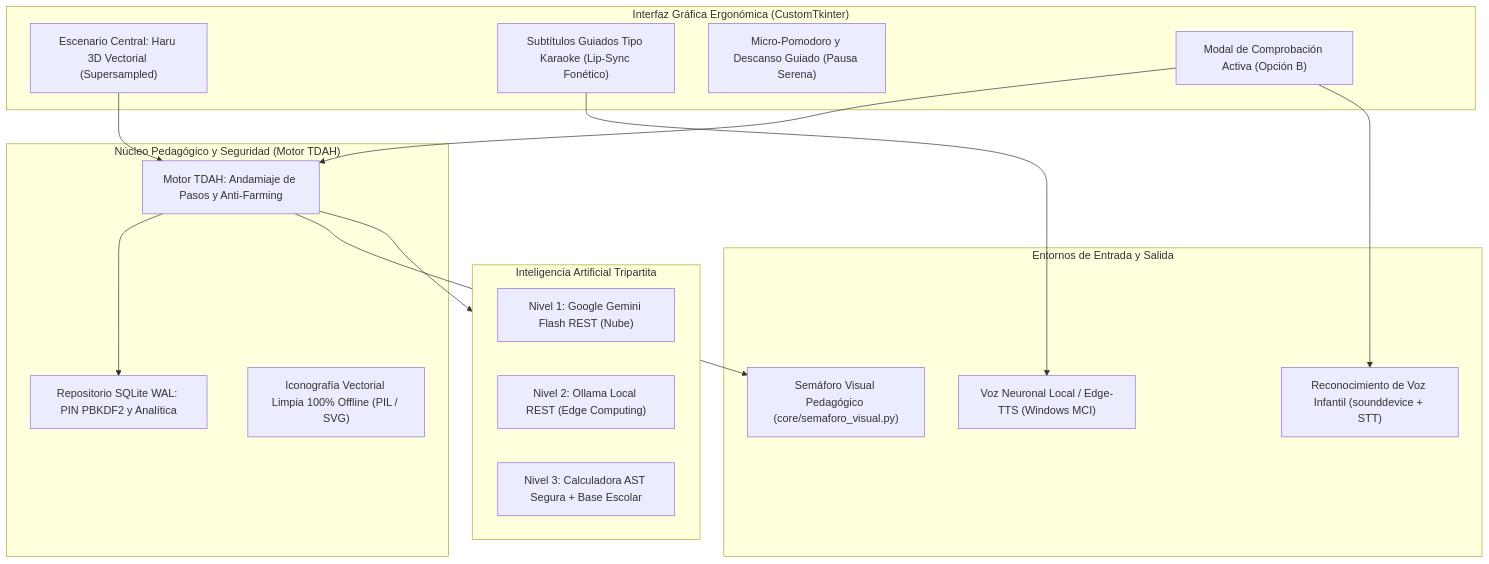
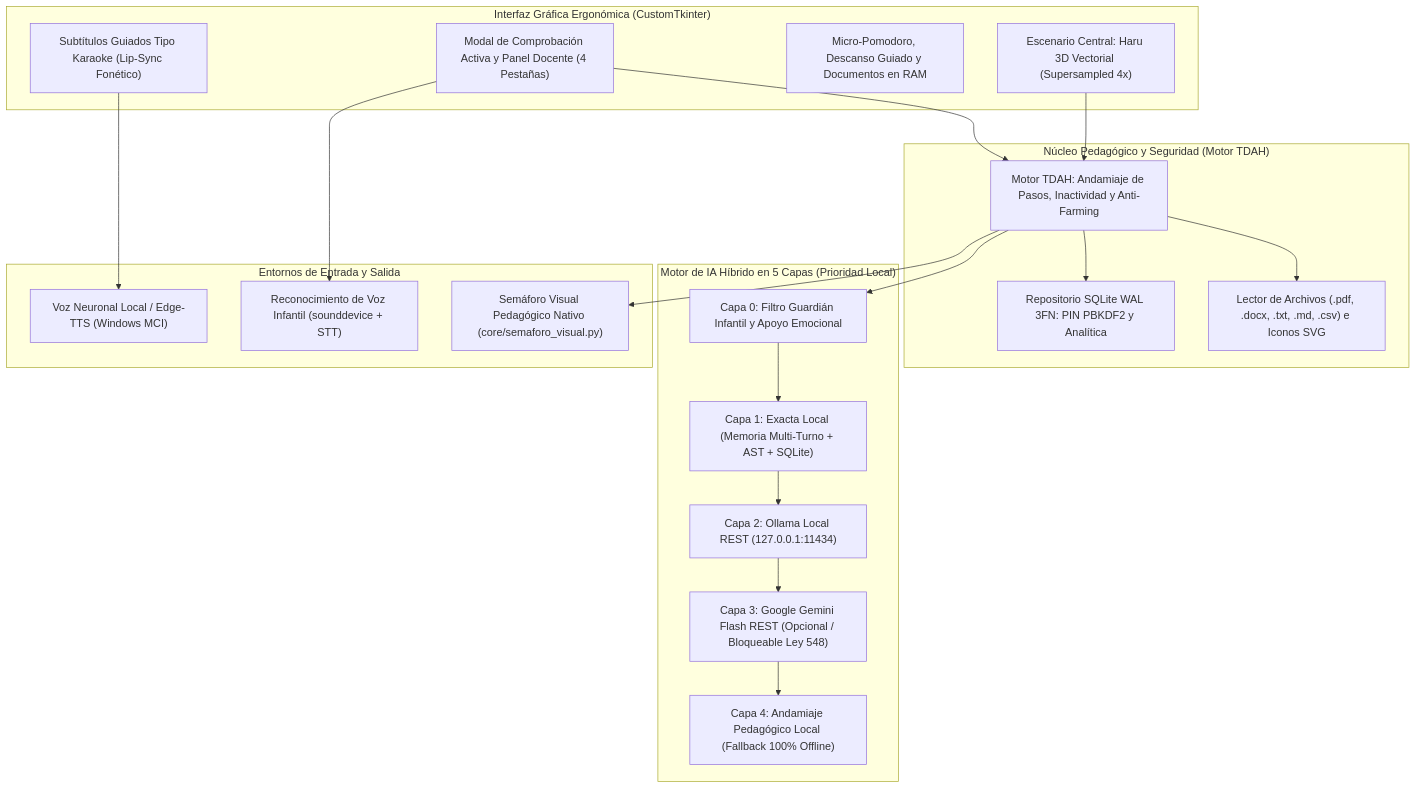
One commit to Leonardo1659/HARU_TDAH changed the diagram in README.md. Above: the diagram before and after it, drawn with Mermaid. The commit also changed other lines of this file and 5 other files, not shown here.

````diff
--- a/README.md
+++ b/README.md
@@ -21,35 +28,39 @@
 ```mermaid
 flowchart TD
     subgraph UI_Entorno["Interfaz Gráfica Ergonómica (CustomTkinter)"]
-        A["Escenario Central: Haru 3D Vectorial (Supersampled)"]
+        A["Escenario Central: Haru 3D Vectorial (Supersampled 4x)"]
         B["Subtítulos Guiados Tipo Karaoke (Lip-Sync Fonético)"]
-        C["Micro-Pomodoro y Descanso Guiado (Pausa Serena)"]
-        D["Modal de Comprobación Activa (Opción B)"]
+        C["Micro-Pomodoro, Descanso Guiado y Documentos en RAM"]
+        D["Modal de Comprobación Activa y Panel Docente (4 Pestañas)"]
     end
 
     subgraph Core_Logica["Núcleo Pedagógico y Seguridad (Motor TDAH)"]
-        E["Motor TDAH: Andamiaje de Pasos y Anti-Farming"]
-        F["Repositorio SQLite WAL: PIN PBKDF2 y Analítica"]
-        G["Iconografía Vectorial Limpia 100% Offline (PIL / SVG)"]
+        E["Motor TDAH: Andamiaje de Pasos, Inactividad y Anti-Farming"]
+        F["Repositorio SQLite WAL 3FN: PIN PBKDF2 y Analítica"]
+        G["Lector de Archivos (.pdf, .docx, .txt, .md, .csv) e Iconos SVG"]
     end
 
-    subgraph Motor_Hibrido_IA["Inteligencia Artificial Tripartita"]
-        H1["Nivel 1: Google Gemini Flash REST (Nube)"]
-        H2["Nivel 2: Ollama Local REST (Edge Computing)"]
-        H3["Nivel 3: Calculadora AST Segura + Base Escolar"]
+    subgraph Motor_Hibrido_IA["Motor de IA Híbrido en 5 Capas (Prioridad Local)"]
+        H0["Capa 0: Filtro Guardián Infantil y Apoyo Emocional"]
+        H1["Capa 1: Exacta Local (Memoria Multi-Turno + AST + SQLite)"]
+        H2["Capa 2: Ollama Local REST (127.0.0.1:11434)"]
+        H3["Capa 3: Google Gemini Flash REST (Opcional / Bloqueable Ley 548)"]
+        H4["Capa 4: Andamiaje Pedagógico Local (Fallback 100% Offline)"]
+        H0 --> H1 --> H2 --> H3 --> H4
     end
 
     subgraph Perifericos["Entornos de Entrada y Salida"]
         I["Voz Neuronal Local / Edge-TTS (Windows MCI)"]
         J["Reconocimiento de Voz Infantil (sounddevice + STT)"]
-        K["Semáforo Visual Pedagógico (core/semaforo_visual.py)"]
+        K["Semáforo Visual Pedagógico Nativo (core/semaforo_visual.py)"]
     end
 
     A --> E
     D --> E
     E --> F
-    E --> Motor_Hibrido_IA
+    E --> G
+    E --> H0
     B --> I
     D --> J
     E --> K
 ```
````
